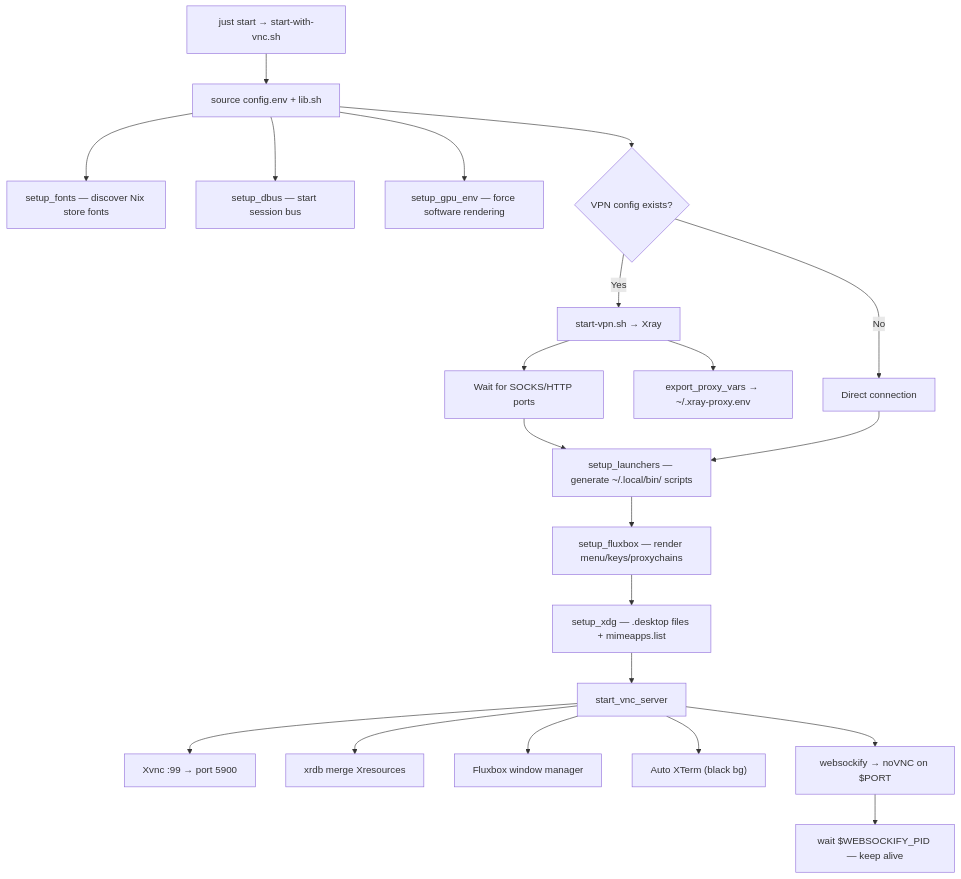
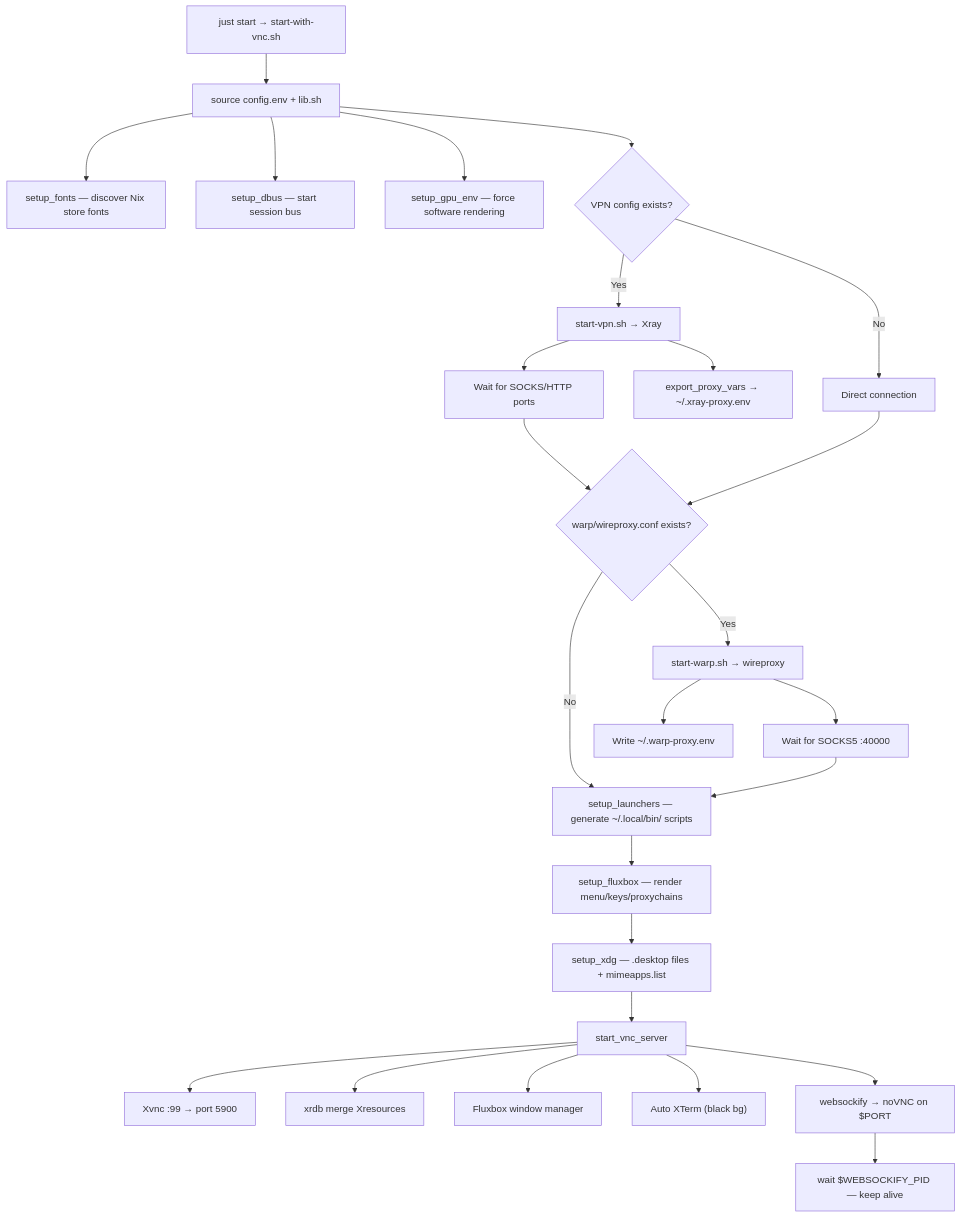
Before and after one commit to drunkod/anti-flutter-template: the diagram in ARCHITECTURE.md, drawn with Mermaid. The commit also changed other lines of this file and 2 other files, not shown here.

````diff
--- a/ARCHITECTURE.md
+++ b/ARCHITECTURE.md
@@ -200,23 +292,28 @@
 ```mermaid
 graph TD
     A["just start → start-with-vnc.sh"] --> B["source config.env + lib.sh"]
     B --> C["setup_fonts — discover Nix store fonts"]
     B --> D["setup_dbus — start session bus"]
     B --> E["setup_gpu_env — force software rendering"]
     B --> F{"VPN config exists?"}
     F -- Yes --> G["start-vpn.sh → Xray"]
     G --> G1["Wait for SOCKS/HTTP ports"]
     G --> G2["export_proxy_vars → ~/.xray-proxy.env"]
     F -- No --> H["Direct connection"]
-    G1 --> I["setup_launchers — generate ~/.local/bin/ scripts"]
-    H --> I
+    G1 --> W{"warp/wireproxy.conf exists?"}
+    H --> W
+    W -- Yes --> W1["start-warp.sh → wireproxy"]
+    W1 --> W2["Wait for SOCKS5 :40000"]
+    W1 --> W3["Write ~/.warp-proxy.env"]
+    W -- No --> I["setup_launchers — generate ~/.local/bin/ scripts"]
+    W2 --> I
     I --> J["setup_fluxbox — render menu/keys/proxychains"]
     J --> K["setup_xdg — .desktop files + mimeapps.list"]
     K --> L["start_vnc_server"]
     L --> L1["Xvnc :99 → port 5900"]
     L --> L2["xrdb merge Xresources"]
     L --> L3["Fluxbox window manager"]
     L --> L4["Auto XTerm (black bg)"]
     L --> L5["websockify → noVNC on $PORT"]
     L5 --> M["wait $WEBSOCKIFY_PID — keep alive"]
 ```
````
